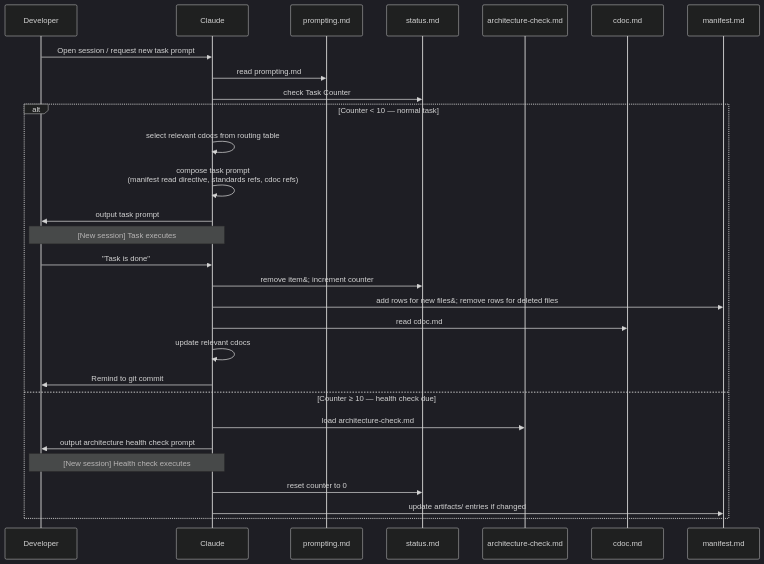
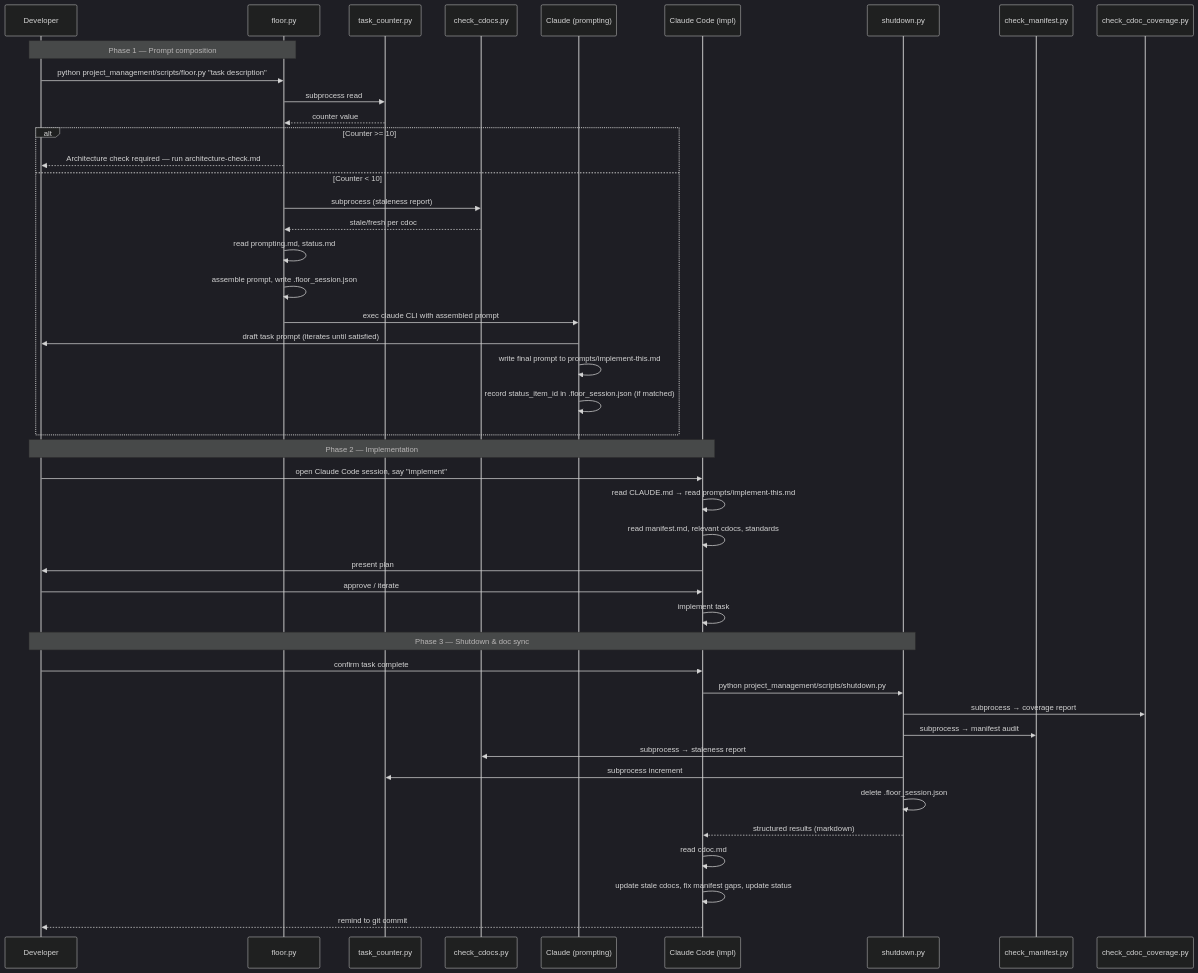
Before and after one commit to PAYS0N/floor: the diagram in project_management/artifacts/04-user-task-flow.mermaid, drawn with Mermaid (dark theme). The commit also changed 40 other files, not shown here.

```diff
--- a/project_management/artifacts/04-user-task-flow.mermaid
+++ b/project_management/artifacts/04-user-task-flow.mermaid
@@ -1,35 +1,58 @@
 %% User Task Flow — Floor
-%% Sequence showing a developer who has adopted Floor in their project completing a new task.
+%% End-to-end sequence: prompt composition through implementation and shutdown.
 %% Generated by architecture health check. Do not edit manually.
 
 sequenceDiagram
     participant U as Developer
-    participant C as Claude
-    participant PM as prompting.md
-    participant ST as status.md
-    participant AC as architecture-check.md
-    participant CD as cdoc.md
-    participant M as manifest.md
+    participant F as floor.py
+    participant TC as task_counter.py
+    participant CC as check_cdocs.py
+    participant CA as Claude (prompting)
+    participant CI as Claude Code (impl)
+    participant S as shutdown.py
+    participant CM as check_manifest.py
+    participant CV as check_cdoc_coverage.py
 
-    U->>C: Open session / request new task prompt
-    C->>PM: read prompting.md
-    C->>ST: check Task Counter
+    Note over U,F: Phase 1 — Prompt composition
 
-    alt Counter < 10 — normal task
-        C->>C: select relevant cdocs from routing table
-        C->>C: compose task prompt<br/>(manifest read directive, standards refs, cdoc refs)
-        C->>U: output task prompt
-        Note over U,C: [New session] Task executes
-        U->>C: "Task is done"
-        C->>ST: remove item&#59; increment counter
-        C->>M: add rows for new files&#59; remove rows for deleted files
-        C->>CD: read cdoc.md
-        C->>C: update relevant cdocs
-        C->>U: Remind to git commit
-    else Counter ≥ 10 — health check due
-        C->>AC: load architecture-check.md
-        C->>U: output architecture health check prompt
-        Note over U,C: [New session] Health check executes
-        C->>ST: reset counter to 0
-        C->>M: update artifacts/ entries if changed
+    U->>F: python project_management/scripts/floor.py "task description"
+    F->>TC: subprocess read
+    TC-->>F: counter value
+
+    alt Counter >= 10
+        F-->>U: Architecture check required — run architecture-check.md
+    else Counter < 10
+        F->>CC: subprocess (staleness report)
+        CC-->>F: stale/fresh per cdoc
+        F->>F: read prompting.md, status.md
+        F->>F: assemble prompt, write .floor_session.json
+        F->>CA: exec claude CLI with assembled prompt
+
+        CA->>U: draft task prompt (iterates until satisfied)
+        CA->>CA: write final prompt to prompts/implement-this.md
+        CA->>CA: record status_item_id in .floor_session.json (if matched)
     end
+
+    Note over U,CI: Phase 2 — Implementation
+
+    U->>CI: open Claude Code session, say "implement"
+    CI->>CI: read CLAUDE.md → read prompts/implement-this.md
+    CI->>CI: read manifest.md, relevant cdocs, standards
+    CI->>U: present plan
+    U->>CI: approve / iterate
+    CI->>CI: implement task
+
+    Note over U,S: Phase 3 — Shutdown & doc sync
+
+    U->>CI: confirm task complete
+    CI->>S: python project_management/scripts/shutdown.py
+    S->>CV: subprocess → coverage report
+    S->>CM: subprocess → manifest audit
+    S->>CC: subprocess → staleness report
+    S->>TC: subprocess increment
+    S->>S: delete .floor_session.json
+    S-->>CI: structured results (markdown)
+
+    CI->>CI: read cdoc.md
+    CI->>CI: update stale cdocs, fix manifest gaps, update status
+    CI-->>U: remind to git commit
```
